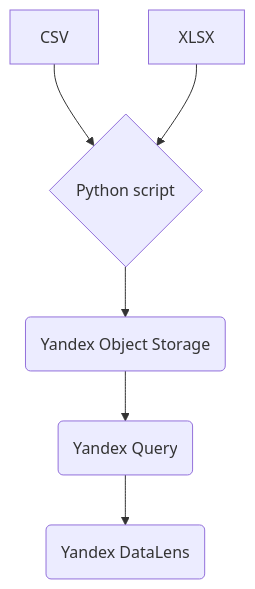
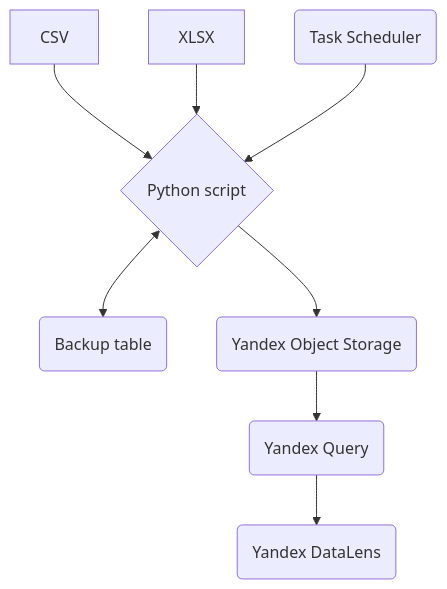
One commit to madby31/datalens_connection changed the diagram in Project free CSV.md. Above: the diagram before and after it, drawn with Mermaid. The commit also changed other lines of this file, not shown here.

Commit message:
Update Project free CSV.md

````diff
--- a/Project free CSV.md
+++ b/Project free CSV.md
@@ -6,8 +6,11 @@
 ```mermaid
 graph TD;
-    A[CSV]-->C{Python script};
-    B[XLSX]-->C{Python script};
-    C{Python script}-->D(Yandex Object Storage);
-    D(Yandex Object Storage)-->E(Yandex Query);
-    E(Yandex Query)-->F(Yandex DataLens);
+    A[CSV]-->D{Python script};
+    B[XLSX]-->D{Python script};
+    C(Task Scheduler)-->D{Python script};
+    D{Python script}<-->E(Backup table);
+    D{Python script}-->F(Yandex Object Storage);
+    F(Yandex Object Storage)-->G(Yandex Query);
+    G(Yandex Query)-->H(Yandex DataLens);
+    
 ```
````
